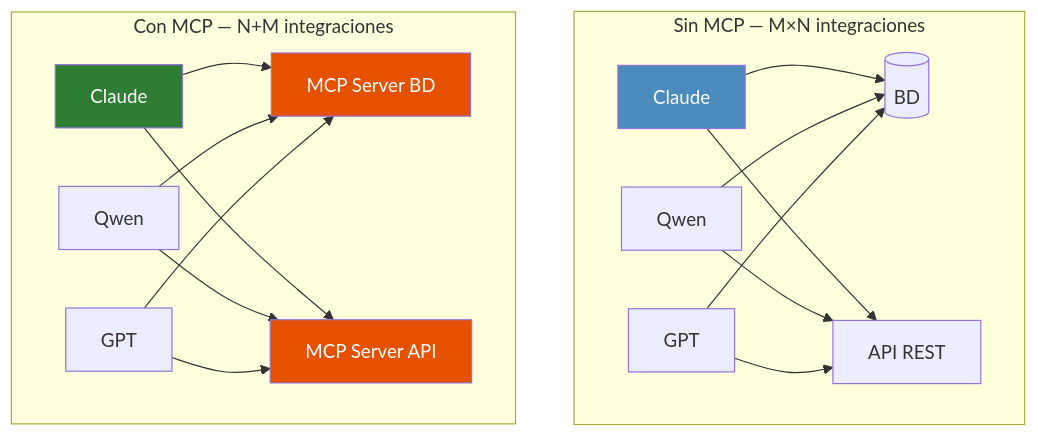
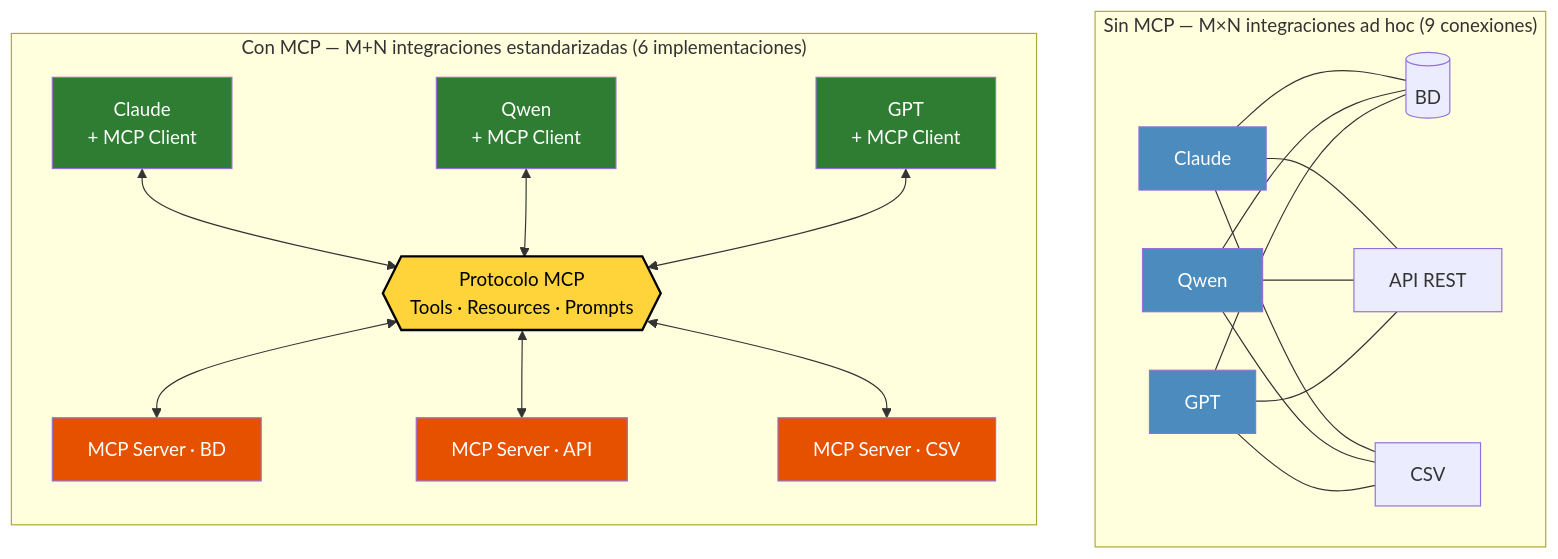
The first of 4 diagrams in bloque2/02d-mcp.qmd (Adamychen/m10_quarto), drawn with Mermaid before and after one commit. The commit also changed other lines of this file and 34 other files, not shown here.

````diff
--- a/bloque2/02d-mcp.qmd
+++ b/bloque2/02d-mcp.qmd
@@ -33,25 +37,43 @@
 ```{mermaid}
-graph TD
-    subgraph "Sin MCP — M×N integraciones"
-        L1[Claude] --> T1[(BD)]
-        L1 --> T2[API REST]
-        L2[Qwen] --> T1
-        L2 --> T2
-        L3[GPT] --> T1
-        L3 --> T2
+graph TB
+    subgraph "Sin MCP — M×N integraciones ad hoc (9 conexiones)"
+        direction LR
+        L1[Claude] --- D1[(BD)]
+        L1 --- D2[API REST]
+        L1 --- D3[CSV]
+        L2[Qwen] --- D1
+        L2 --- D2
+        L2 --- D3
+        L3[GPT] --- D1
+        L3 --- D2
+        L3 --- D3
     end
 
-    subgraph "Con MCP — N+M integraciones"
-        LC[Claude] --> MC[MCP Server BD]
-        LC --> MR[MCP Server API]
-        LQ[Qwen] --> MC
-        LQ --> MR
-        LG[GPT] --> MC
-        LG --> MR
+    subgraph "Con MCP — M+N integraciones estandarizadas (6 implementaciones)"
+        direction TB
+        LC[Claude<br/>+ MCP Client]
+        LQ[Qwen<br/>+ MCP Client]
+        LG[GPT<br/>+ MCP Client]
+        PROTO{{"Protocolo MCP<br/>Tools · Resources · Prompts"}}
+        S1[MCP Server · BD]
+        S2[MCP Server · API]
+        S3[MCP Server · CSV]
+        LC <--> PROTO
+        LQ <--> PROTO
+        LG <--> PROTO
+        PROTO <--> S1
+        PROTO <--> S2
+        PROTO <--> S3
     end
 
     style L1 fill:#4B8BBE,color:#fff
+    style L2 fill:#4B8BBE,color:#fff
+    style L3 fill:#4B8BBE,color:#fff
     style LC fill:#2e7d32,color:#fff
-    style MC fill:#e65100,color:#fff
-    style MR fill:#e65100,color:#fff
+    style LQ fill:#2e7d32,color:#fff
+    style LG fill:#2e7d32,color:#fff
+    style S1 fill:#e65100,color:#fff
+    style S2 fill:#e65100,color:#fff
+    style S3 fill:#e65100,color:#fff
+    style PROTO fill:#FFD43B,color:#000,stroke:#000,stroke-width:2px
 ```
````
